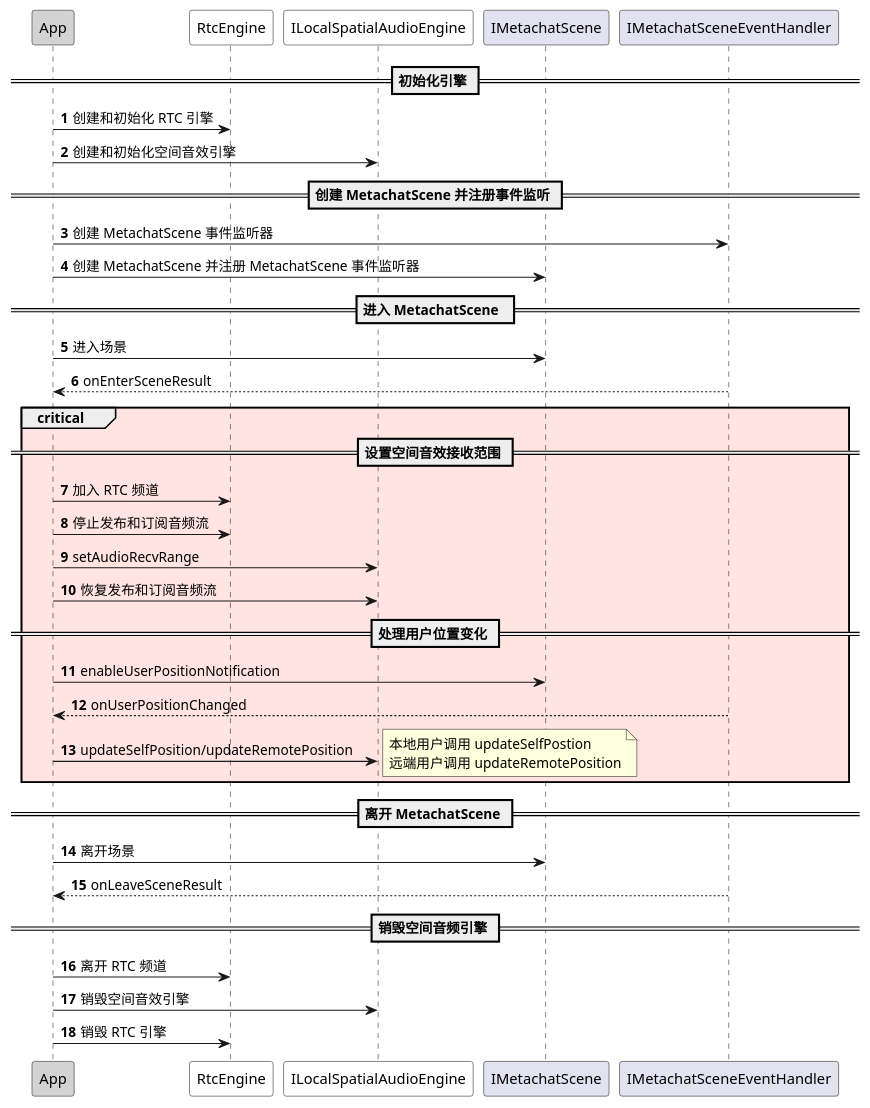
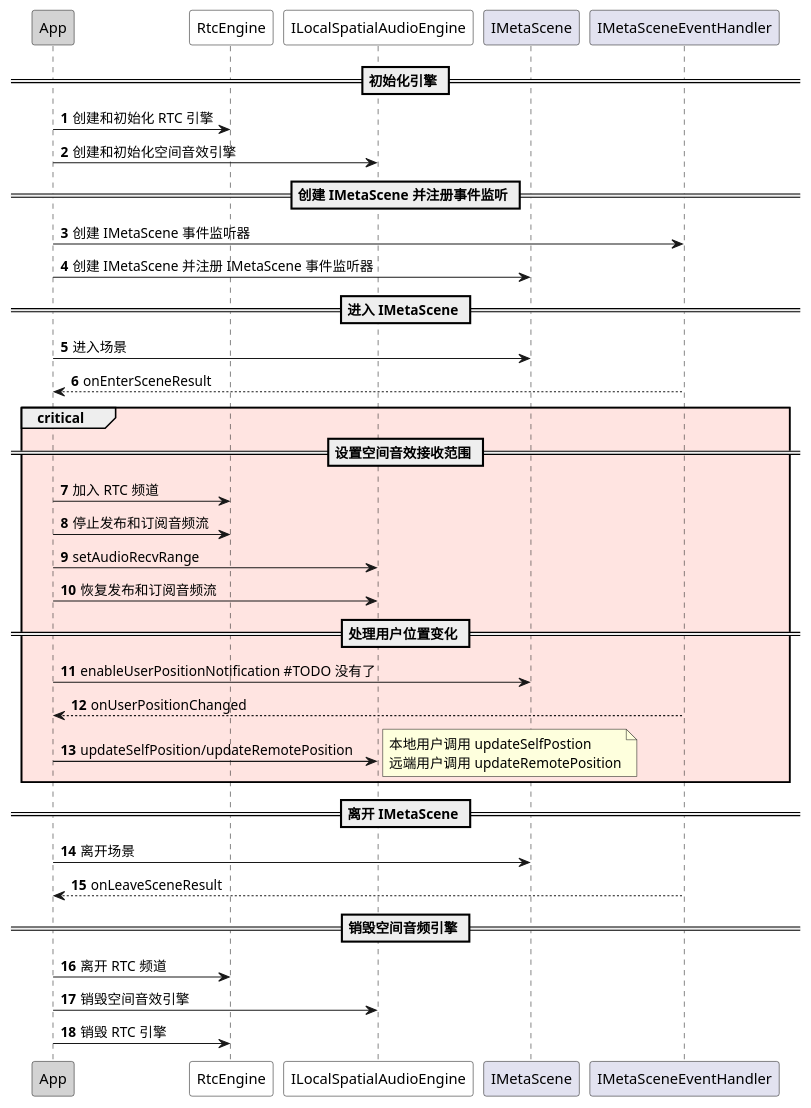
One commit to AgoraIO/agora_doc_source changed the diagram in markdown/metachat/image/ Android/空间音效 Android.wsd. Above: the diagram before and after it, drawn with PlantUML. The commit also changed 15 other files, not shown here.

```diff
--- a/markdown/metachat/image/ Android/空间音效 Android.wsd
+++ b/markdown/metachat/image/ Android/空间音效 Android.wsd
@@ -1,39 +1,39 @@
 @startuml
 autonumber
 participant "App" as a #LightGrey
 participant "RtcEngine" as c #White
 participant "ILocalSpatialAudioEngine" as d #White
-participant "IMetachatScene" as e
-participant "IMetachatSceneEventHandler" as b
+participant "IMetaScene" as e
+participant "IMetaSceneEventHandler" as b
 == 初始化引擎 ==
 a -> c: 创建和初始化 RTC 引擎
 a -> d: 创建和初始化空间音效引擎
-== 创建 MetachatScene 并注册事件监听 ==
-a -> b: 创建 MetachatScene 事件监听器
-a -> e: 创建 MetachatScene 并注册 MetachatScene 事件监听器
-== 进入 MetachatScene  ==
+== 创建 IMetaScene 并注册事件监听 ==
+a -> b: 创建 IMetaScene 事件监听器
+a -> e: 创建 IMetaScene 并注册 IMetaScene 事件监听器
+== 进入 IMetaScene ==
 a -> e: 进入场景
 b --> a: onEnterSceneResult
 critical #mistyrose
 == 设置空间音效接收范围 ==
 a -> c: 加入 RTC 频道
 a -> c: 停止发布和订阅音频流
 a -> d: setAudioRecvRange
 a -> d: 恢复发布和订阅音频流
 == 处理用户位置变化 ==
-a -> e: enableUserPositionNotification
+a -> e: enableUserPositionNotification #TODO 没有了
 b --> a: onUserPositionChanged
 a -> d: updateSelfPosition/updateRemotePosition
 note right
 本地用户调用 updateSelfPostion
 远端用户调用 updateRemotePosition
 end note
 end
-== 离开 MetachatScene ==
+== 离开 IMetaScene ==
 a -> e: 离开场景
 b --> a: onLeaveSceneResult
 == 销毁空间音频引擎 ==
 a -> c: 离开 RTC 频道
 a -> d: 销毁空间音效引擎
 a -> c: 销毁 RTC 引擎
 @enduml
```
